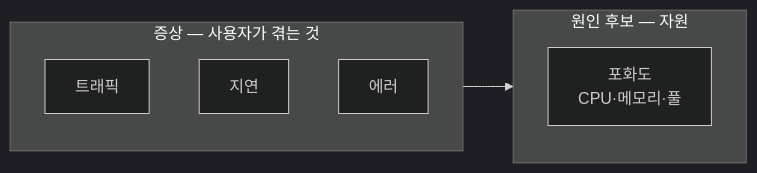
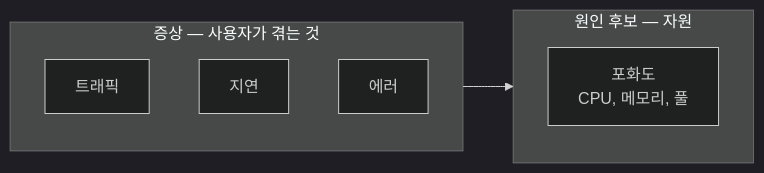
Before and after one commit to johnycho/johny-dev: the first of 4 diagrams in blog/2026-08-12-server-monitoring-analysis.mdx, drawn with Mermaid (dark theme). The commit also changed other lines of this file and 188 other files, not shown here.

````diff
--- a/blog/2026-08-12-server-monitoring-analysis.mdx
+++ b/blog/2026-08-12-server-monitoring-analysis.mdx
@@ -25,12 +25,12 @@
 ```mermaid
 flowchart LR
     subgraph 증상["증상 — 사용자가 겪는 것"]
         T["트래픽"]
         L["지연"]
         E["에러"]
     end
     subgraph 원인["원인 후보 — 자원"]
-        S["포화도<br/>CPU·메모리·풀"]
+        S["포화도<br/>CPU, 메모리, 풀"]
     end
     증상 --> 원인
 ```
````
